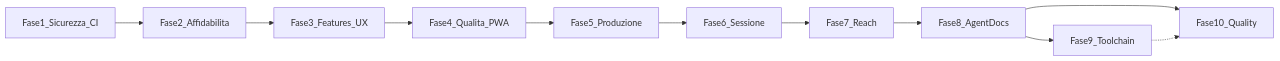
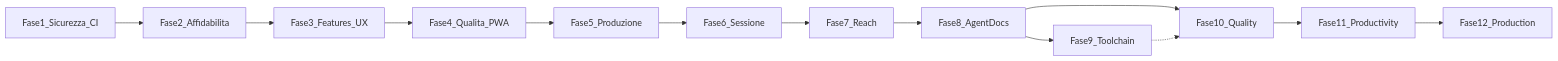
One commit to edar-dev/SpritzPlanning changed the diagram in docs/ROADMAP.md. Above: the diagram before and after it, drawn with Mermaid. The commit also changed other lines of this file and 6 other files, not shown here.

First line of the commit message:
docs: add Phase 11-12 plans for productivity and production-ready (#31-40)

````diff
--- a/docs/ROADMAP.md
+++ b/docs/ROADMAP.md
@@ -13,26 +13,29 @@
 ```mermaid
 
 flowchart LR
 
   P1[Fase1_Sicurezza_CI]
 
   P2[Fase2_Affidabilita]
 
   P3[Fase3_Features_UX]
 
   P4[Fase4_Qualita_PWA]
 
   P5[Fase5_Produzione]
 
   P6[Fase6_Sessione]
 
   P7[Fase7_Reach]
   P8[Fase8_AgentDocs]
   P9[Fase9_Toolchain]
   P10[Fase10_Quality]
+  P11[Fase11_Productivity]
+  P12[Fase12_Production]
 
   P1 --> P2 --> P3 --> P4 --> P5 --> P6 --> P7 --> P8 --> P9
   P8 --> P10
   P9 -.-> P10
+  P10 --> P11 --> P12
 
 ```
````
